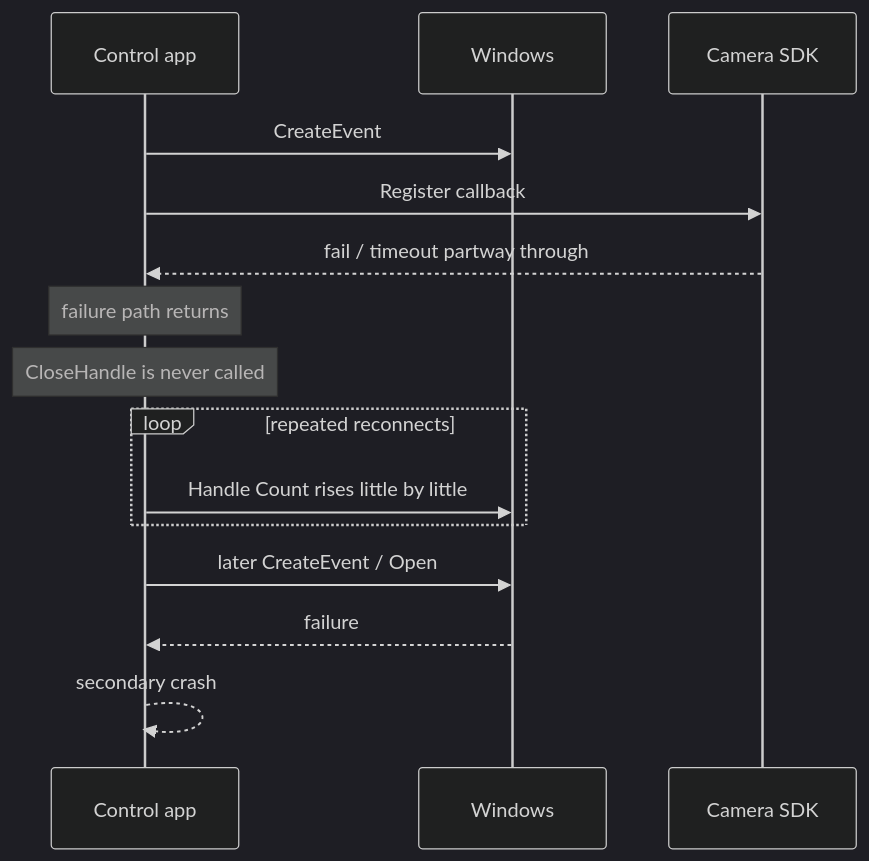
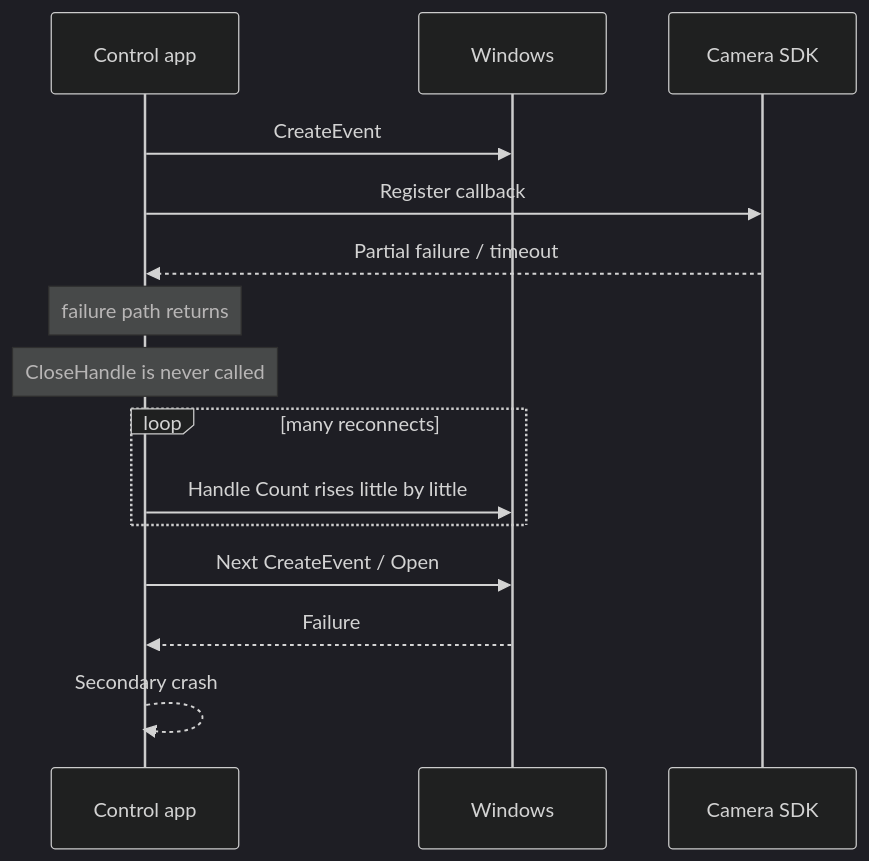
One commit to gomurin0428/KomuraSoftWeb changed the second of 3 diagrams in _posts/2026-03-11-002-handle-leak-industrial-camera-long-run-crash-part1-en.md. Above: the diagram before and after it, drawn with Mermaid (dark theme). The commit also changed other lines of this file and 3 other files, not shown here.

````diff
--- a/_posts/2026-03-11-002-handle-leak-industrial-camera-long-run-crash-part1-en.md
+++ b/_posts/2026-03-11-002-handle-leak-industrial-camera-long-run-crash-part1-en.md
@@ -188,20 +186,20 @@
 ```mermaid
 sequenceDiagram
     participant App as Control app
     participant OS as Windows
     participant SDK as Camera SDK
 
     App->>OS: CreateEvent
     App->>SDK: Register callback
-    SDK-->>App: fail / timeout partway through
+    SDK-->>App: Partial failure / timeout
     Note over App: failure path returns
     Note over App: CloseHandle is never called
 
-    loop repeated reconnects
+    loop many reconnects
         App->>OS: Handle Count rises little by little
     end
 
-    App->>OS: later CreateEvent / Open
-    OS-->>App: failure
-    App-->>App: secondary crash
+    App->>OS: Next CreateEvent / Open
+    OS-->>App: Failure
+    App-->>App: Secondary crash
 ```
````
